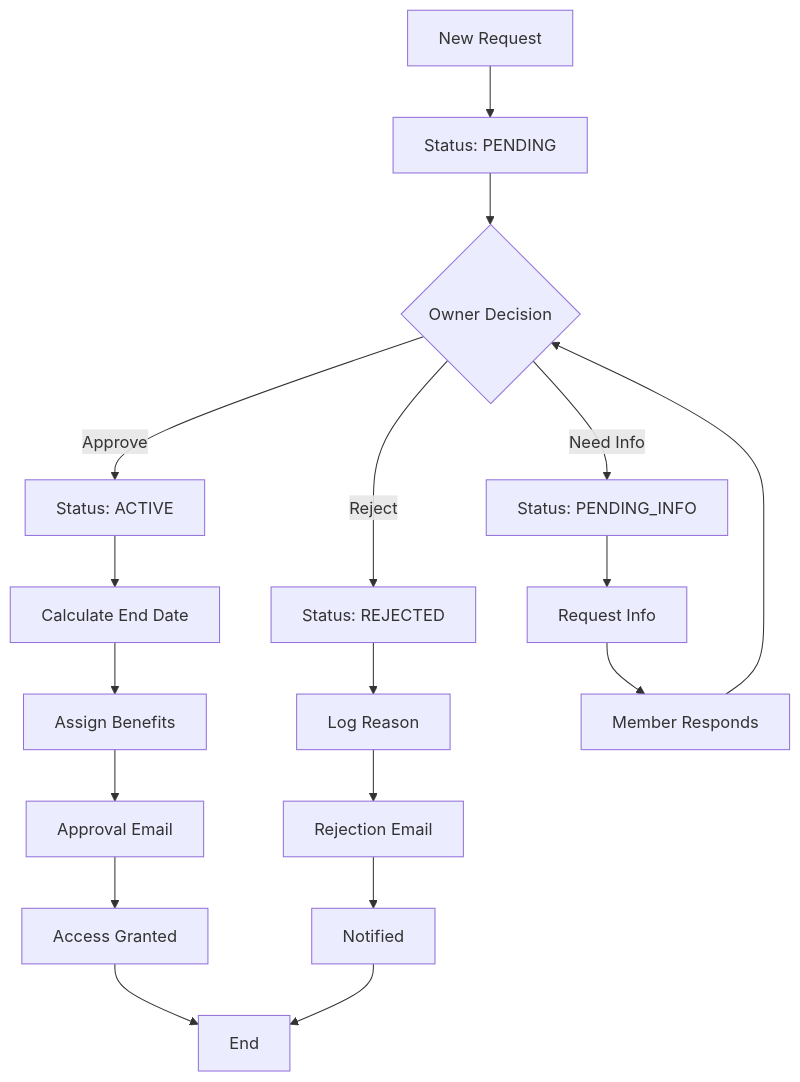
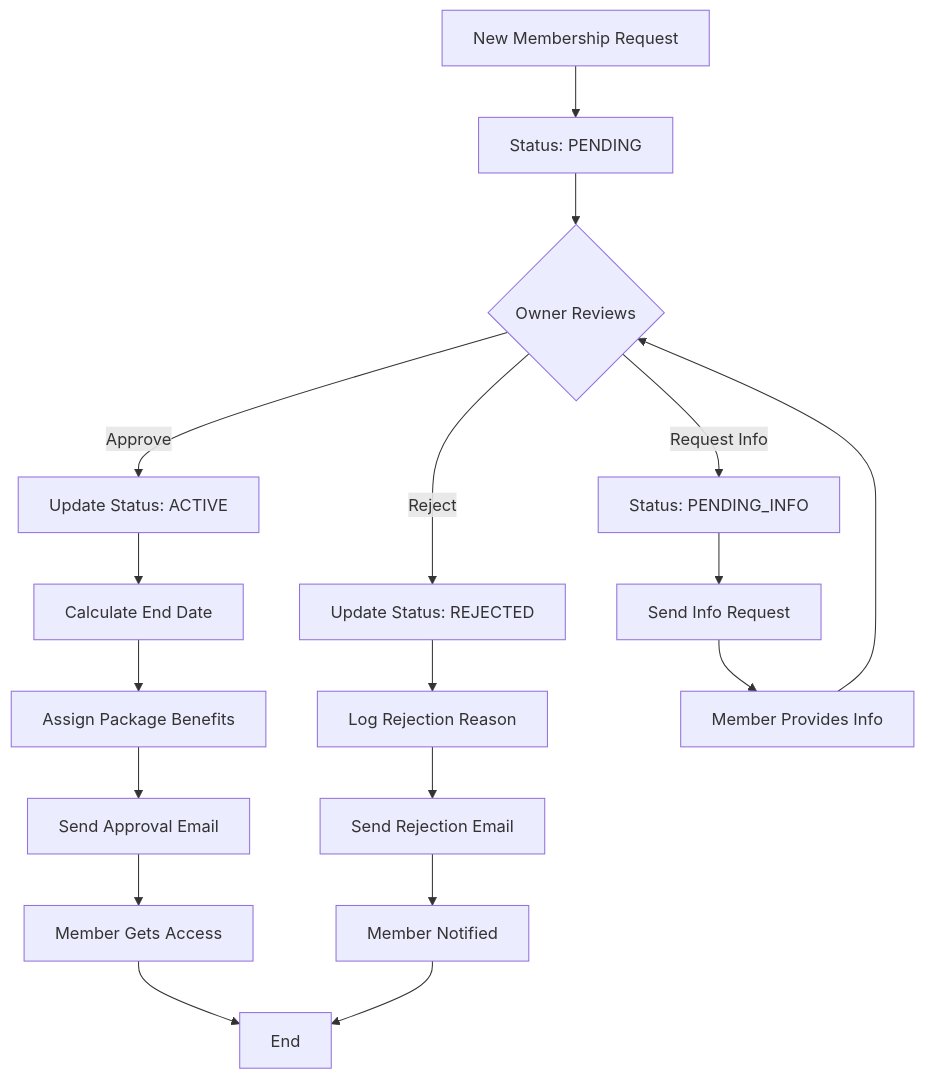
The seventh of 8 diagrams in docs/uml_diagrams.md (coded-with-aryan0426/gym-management-system-fullstack), drawn with Mermaid before and after one commit. The commit also changed other lines of this file and 16 other files, not shown here.

````diff
--- a/docs/uml_diagrams.md
+++ b/docs/uml_diagrams.md
@@ -321,24 +339,24 @@
 ```mermaid
-flowchart TB
-    A[New Request] --> B[Status: PENDING]
-    B --> C{Owner Decision}
+flowchart TD
+    A[New Membership Request] --> B[Status: PENDING]
+    B --> C{Owner Reviews}
     
-    C -->|Approve| D[Status: ACTIVE]
+    C -->|Approve| D[Update Status: ACTIVE]
     D --> E[Calculate End Date]
-    E --> F[Assign Benefits]
-    F --> G[Approval Email]
-    G --> H[Access Granted]
+    E --> F[Assign Package Benefits]
+    F --> G[Send Approval Email]
+    G --> H[Member Gets Access]
     
-    C -->|Reject| I[Status: REJECTED]
-    I --> J[Log Reason]
-    J --> K[Rejection Email]
-    K --> L[Notified]
+    C -->|Reject| I[Update Status: REJECTED]
+    I --> J[Log Rejection Reason]
+    J --> K[Send Rejection Email]
+    K --> L[Member Notified]
     
-    C -->|Need Info| M[Status: PENDING_INFO]
-    M --> N[Request Info]
-    N --> O[Member Responds]
+    C -->|Request Info| M[Status: PENDING_INFO]
+    M --> N[Send Info Request]
+    N --> O[Member Provides Info]
     O --> C
     
     H --> P[End]
     L --> P
 ```
````
